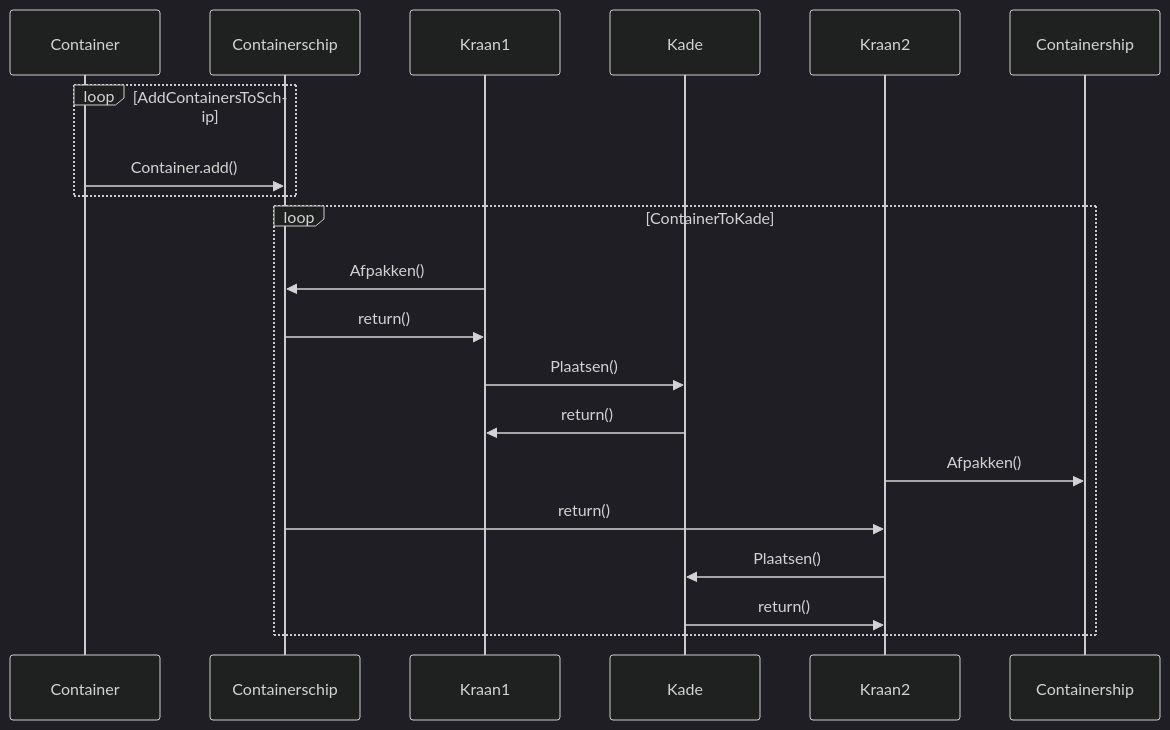
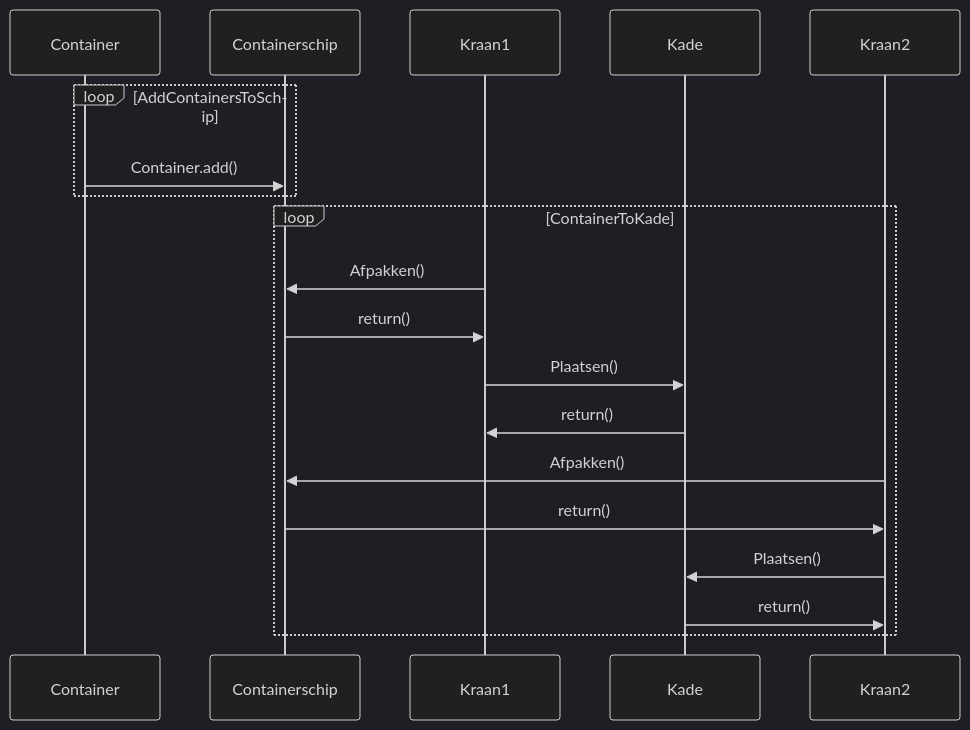
One commit to RockFreakRickerd/SameCodeDifferentLanguagues changed the second of 2 diagrams in ShipQuay/README.md. Above: the diagram before and after it, drawn with Mermaid (dark theme).

````diff
--- a/ShipQuay/README.md
+++ b/ShipQuay/README.md
@@ -31,16 +31,16 @@
 ```mermaid
 sequenceDiagram
 loop AddContainersToSchip
   Container->>Containerschip: Container.add()
 end
 loop ContainerToKade
   Kraan1->>Containerschip: Afpakken()
   Containerschip->>Kraan1: return()
   Kraan1->>Kade: Plaatsen()
   Kade->>Kraan1: return()
-  Kraan2->>Containership: Afpakken()
+  Kraan2->>Containerschip: Afpakken()
   Containerschip->>Kraan2: return()
   Kraan2->>Kade: Plaatsen()
   Kade->>Kraan2: return()
 end
 ```
````
